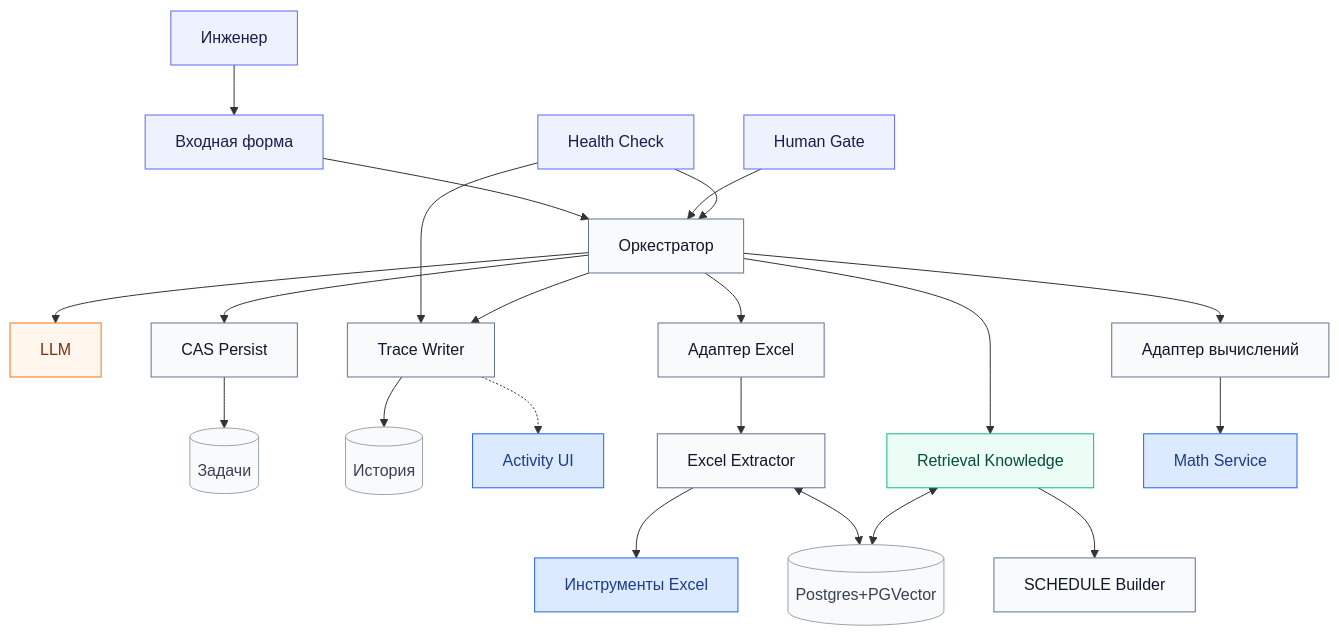
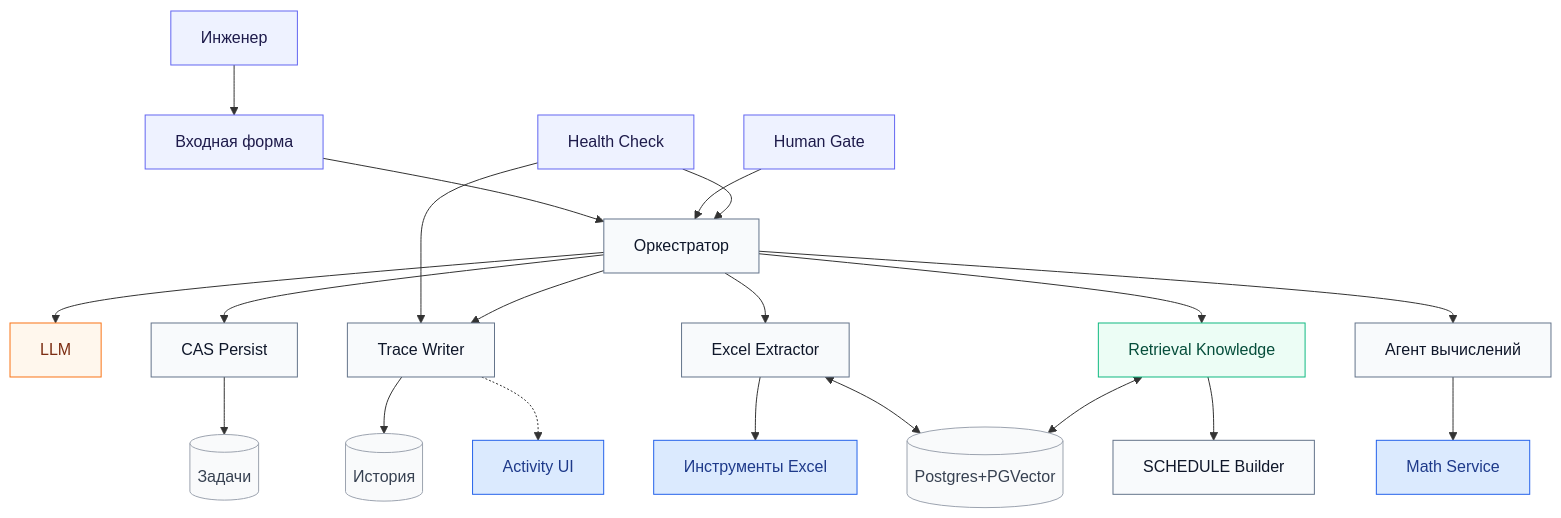
The diagram in docs.md (lun1tunes/omegalul), drawn with Mermaid before and after one commit. The commit also changed other lines of this file and 68 other files, not shown here.

````diff
--- a/docs.md
+++ b/docs.md
@@ -49,43 +49,42 @@
 ```mermaid
 flowchart TB
   classDef entry fill:#eef2ff,stroke:#6366f1,color:#1e1b4b
   classDef box fill:#f8fafc,stroke:#64748b,color:#0f172a
   classDef llm fill:#fff7ed,stroke:#f97316,color:#7c2d12
   classDef rag fill:#ecfdf5,stroke:#10b981,color:#064e3b
   classDef svc fill:#dbeafe,stroke:#2563eb,color:#1e3a8a
   classDef data fill:#f9fafb,stroke:#9ca3af,color:#374151
 
   User[Инженер]:::entry
   Entry[Входная форма]:::entry
   Gate[Human Gate]:::entry
   Health[Health Check]:::entry
   Orch[Оркестратор]:::box
   OrchLLM[LLM]:::llm
   CasPersist[CAS Persist]:::box
   TaskDT[(Задачи)]:::data
   Trace[Trace Writer]:::box
   TraceDT[(История)]:::data
   Activity[Activity UI]:::svc
-  ExcelAdapt[Адаптер Excel]:::box
   ExcelAgent[Excel Extractor]:::box
   ExcelTools[Инструменты Excel]:::svc
   SRetr[Retrieval Knowledge]:::rag
   SBuilder[SCHEDULE Builder]:::box
-  CalcAdapt[Адаптер вычислений]:::box
+  CalcAgent[Агент вычислений]:::box
   MathSvc[Math Service]:::svc
   Pg[(Postgres+PGVector)]:::data
 
   User --> Entry --> Orch
   Gate --> Orch
   Health --> Orch
   Health --> Trace
   Orch --> OrchLLM
   Orch --> CasPersist --> TaskDT
   Orch --> Trace --> TraceDT
   Trace -.-> Activity
-  Orch --> ExcelAdapt --> ExcelAgent --> ExcelTools
+  Orch --> ExcelAgent --> ExcelTools
   Orch --> SRetr --> SBuilder
-  Orch --> CalcAdapt --> MathSvc
+  Orch --> CalcAgent --> MathSvc
   ExcelAgent <--> Pg
   SRetr <--> Pg
 ```
````
